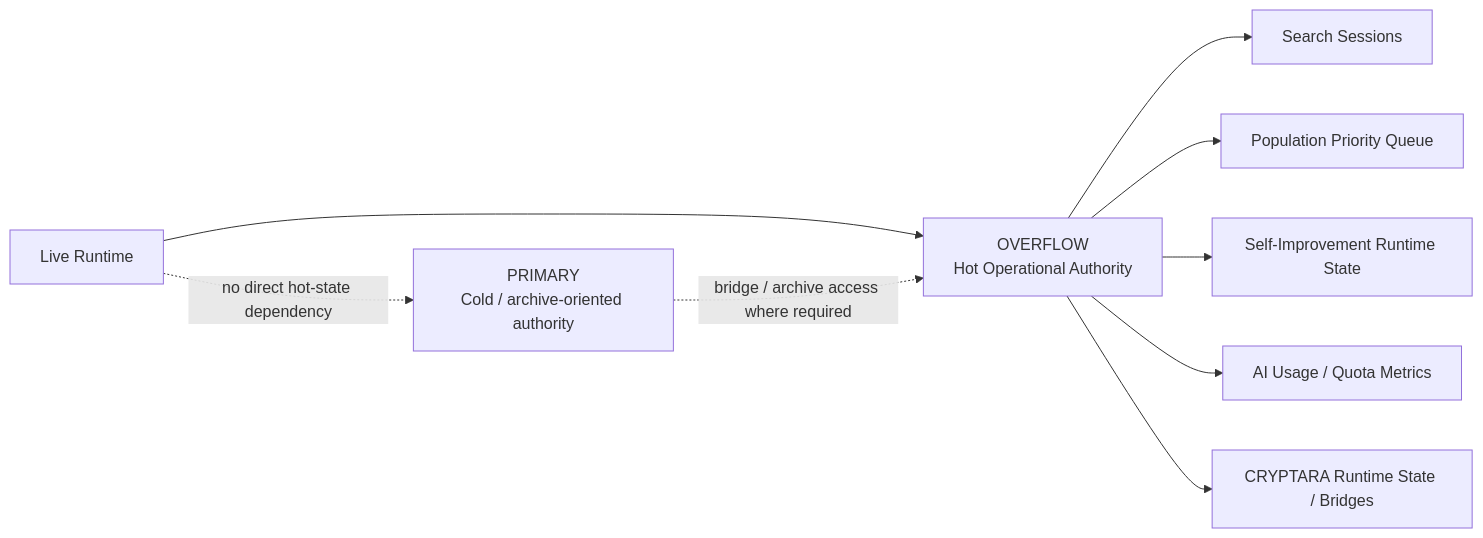
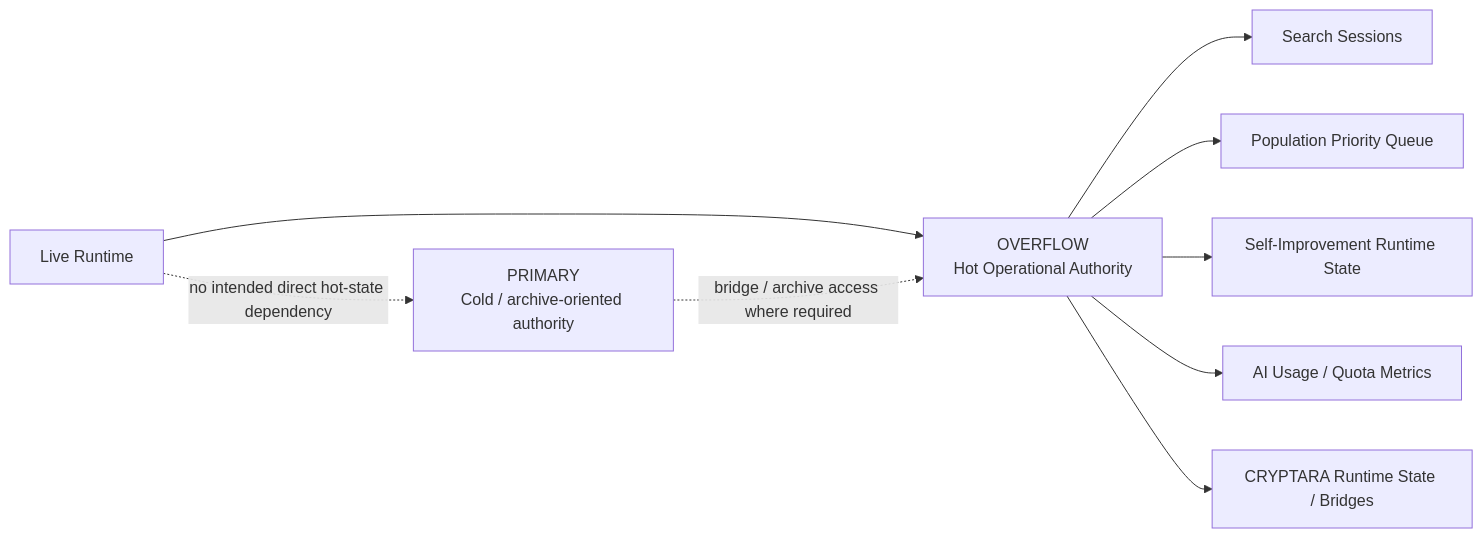
Before and after one commit to Rjdclink/Bad-Blue: diagram 13 of 13 in README.md, drawn with Mermaid. The commit also changed other lines of this file, not shown here.

````diff
--- a/README.md
+++ b/README.md
@@ -566,14 +769,14 @@
 ```mermaid
 flowchart LR
     LIVE["Live Runtime"] --> OVER["OVERFLOW\nHot Operational Authority"]
 
     OVER --> SEARCH["Search Sessions"]
     OVER --> POP["Population Priority Queue"]
     OVER --> SELF["Self-Improvement Runtime State"]
     OVER --> AI["AI Usage / Quota Metrics"]
     OVER --> CRYPT["CRYPTARA Runtime State / Bridges"]
 
     PRIMARY["PRIMARY\nCold / archive-oriented authority"] -. "bridge / archive access where required" .-> OVER
 
-    LIVE -. "no direct hot-state dependency" .-> PRIMARY
+    LIVE -. "no intended direct hot-state dependency" .-> PRIMARY
 ```
````
